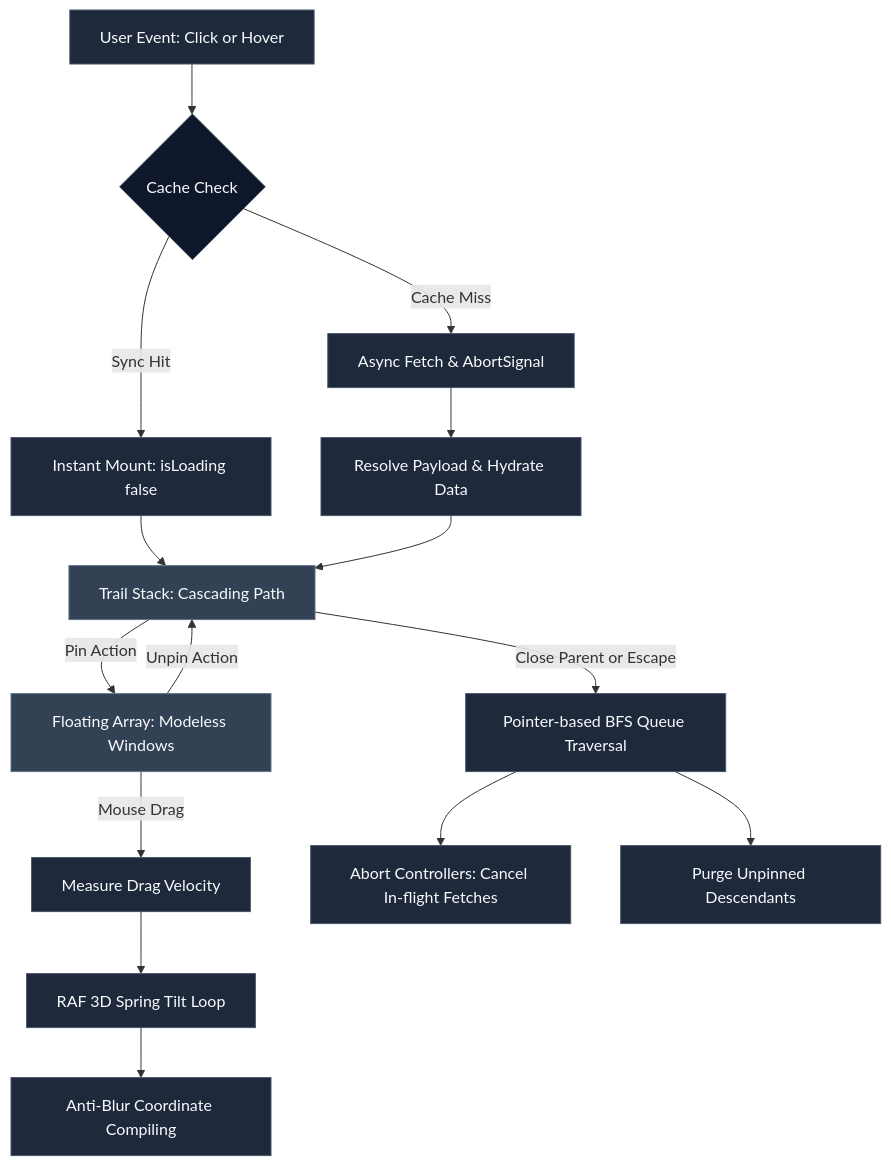
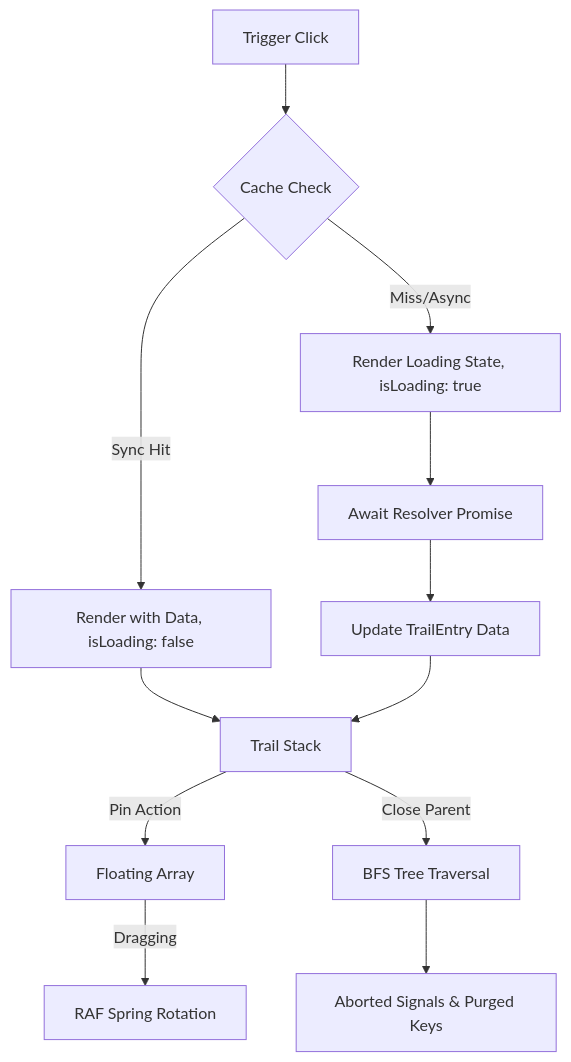
One commit to HerAnsu/popover-trail changed the diagram in README.md. Above: the diagram before and after it, drawn with Mermaid. The commit also changed other lines of this file and 1 other file, not shown here.

````diff
--- a/README.md
+++ b/README.md
@@ -66,36 +9,17 @@
 ```mermaid
-flowchart TD
-    A[User Event: Click or Hover] --> B{Cache Check}
+graph TD
+    Trigger[Trigger Click] --> ResolverCheck{Cache Check}
+    ResolverCheck -- Sync Hit --> InstantMount[Render with Data, isLoading: false]
+    ResolverCheck -- Miss/Async --> LoadingMount[Render Loading State, isLoading: true]
+    LoadingMount --> Fetch[Await Resolver Promise]
+    Fetch --> DataLoaded[Update TrailEntry Data]
     
-    B -- Sync Hit --> C[Instant Mount: isLoading false]
-    B -- Cache Miss --> D[Async Fetch & AbortSignal]
-    D --> E[Resolve Payload & Hydrate Data]
+    InstantMount --> ActiveTrail[Trail Stack]
+    DataLoaded --> ActiveTrail
     
-    C --> F[Trail Stack: Cascading Path]
-    E --> F
+    ActiveTrail -- Pin Action --> PinnedList[Floating Array]
+    PinnedList -- Dragging --> Physics[RAF Spring Rotation]
     
-    F -- Pin Action --> G[Floating Array: Modeless Windows]
-    G -- Unpin Action --> F
-    
-    G -- Mouse Drag --> H[Measure Drag Velocity]
-    H --> I[RAF 3D Spring Tilt Loop]
-    I --> J[Anti-Blur Coordinate Compiling]
-    
-    F -- Close Parent or Escape --> K[Pointer-based BFS Queue Traversal]
-    K --> L[Abort Controllers: Cancel In-flight Fetches]
-    K --> M[Purge Unpinned Descendants]
-
-    style A fill:#1e293b,stroke:#475569,color:#f8fafc
-    style B fill:#0f172a,stroke:#334155,color:#f8fafc
-    style C fill:#1e293b,stroke:#475569,color:#f8fafc
-    style D fill:#1e293b,stroke:#475569,color:#f8fafc
-    style E fill:#1e293b,stroke:#475569,color:#f8fafc
-    style F fill:#334155,stroke:#64748b,color:#f8fafc
-    style G fill:#334155,stroke:#64748b,color:#f8fafc
-    style H fill:#1e293b,stroke:#475569,color:#f8fafc
-    style I fill:#1e293b,stroke:#475569,color:#f8fafc
-    style J fill:#1e293b,stroke:#475569,color:#f8fafc
-    style K fill:#1e293b,stroke:#475569,color:#f8fafc
-    style L fill:#1e293b,stroke:#475569,color:#f8fafc
-    style M fill:#1e293b,stroke:#475569,color:#f8fafc
+    ActiveTrail -- Close Parent --> BFS[BFS Tree Traversal]
+    BFS --> CleanState[Aborted Signals & Purged Keys]
 ```
````
